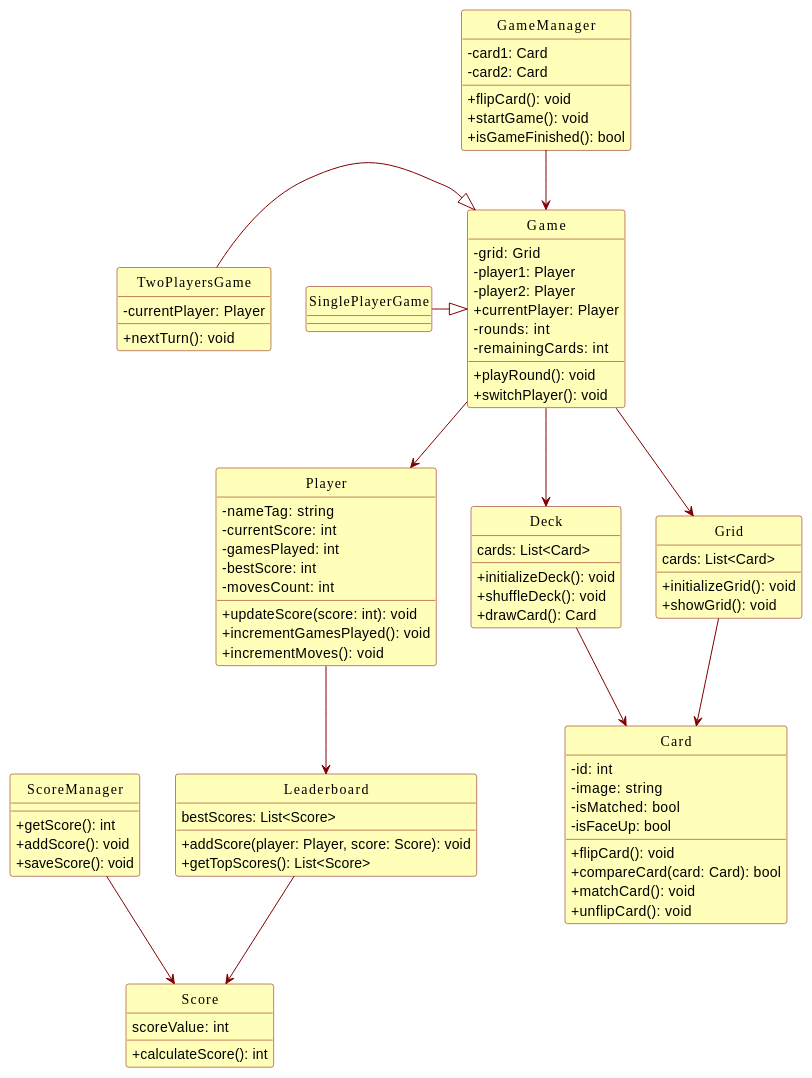
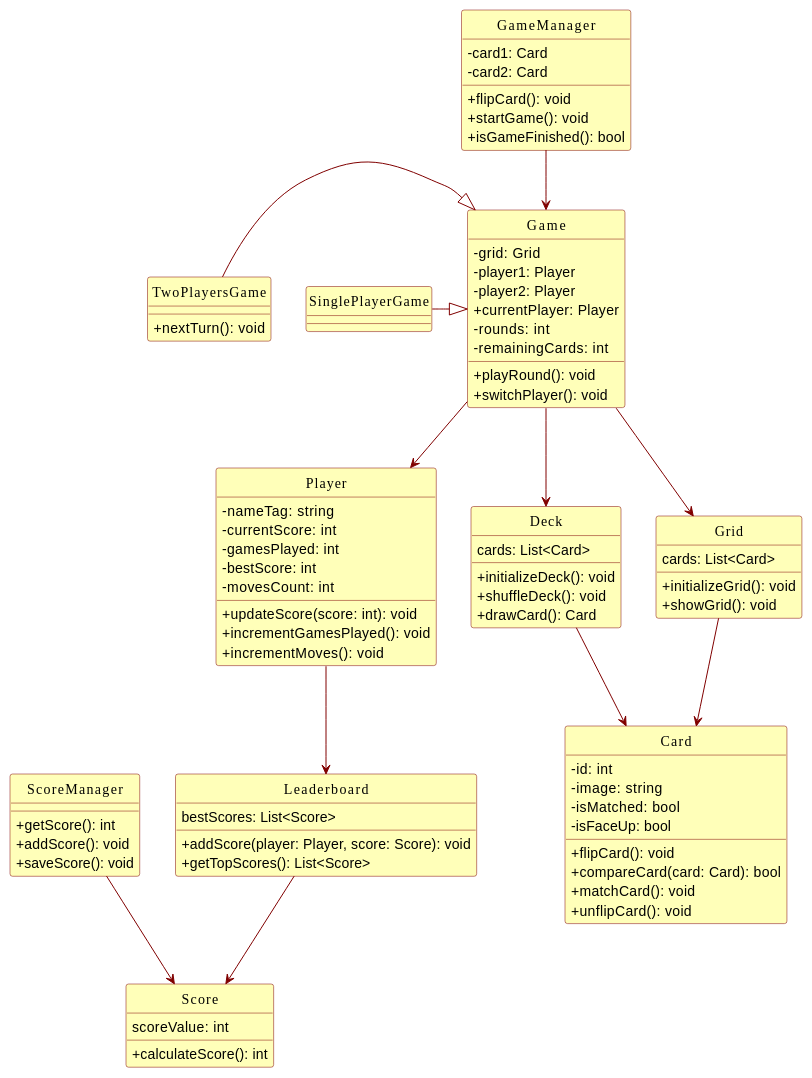
One commit to PosiTr0n505/Game-Memory changed the diagram in src/Docs/Diagrammes/classes.md. Above: the diagram before and after it, drawn with PlantUML.

Commit message:
Mise à jour de 'src/Docs/Diagrammes/classes.md'

```diff
--- a/src/Docs/Diagrammes/classes.md
+++ b/src/Docs/Diagrammes/classes.md
@@ -79,7 +79,6 @@
 ' Classe PartieTwoPlayers héritant de Partie
 class TwoPlayersGame {
     
-- currentPlayer: Player
 + nextTurn(): void
 }
 
```
